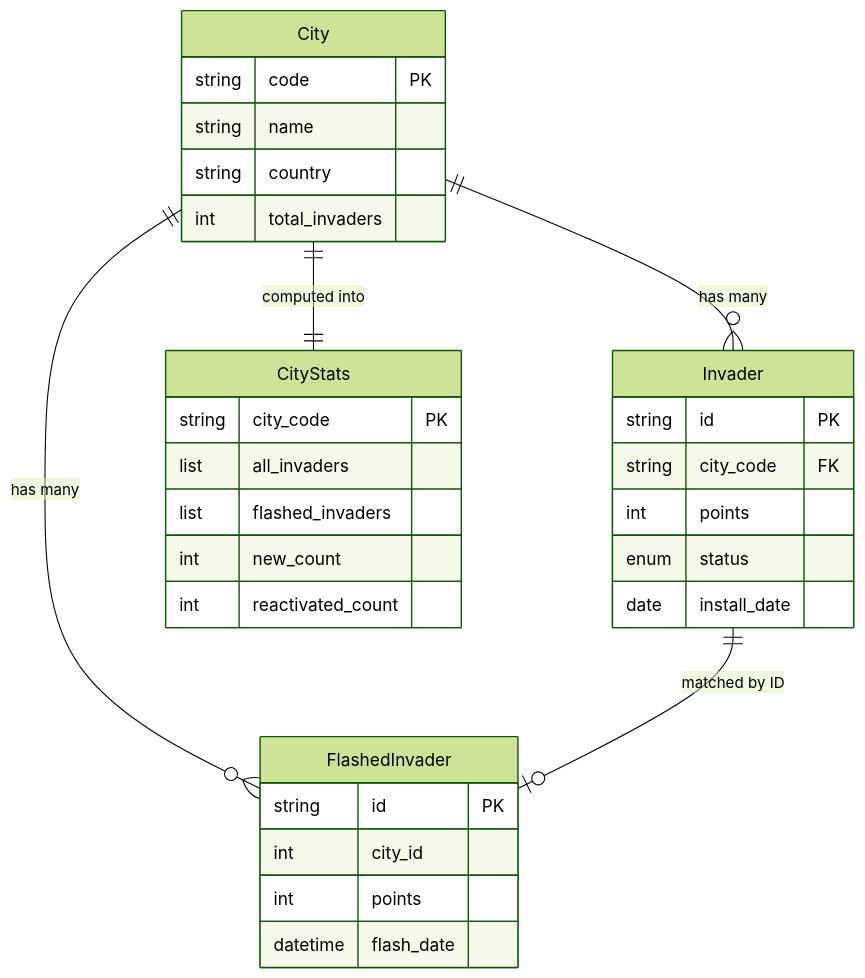
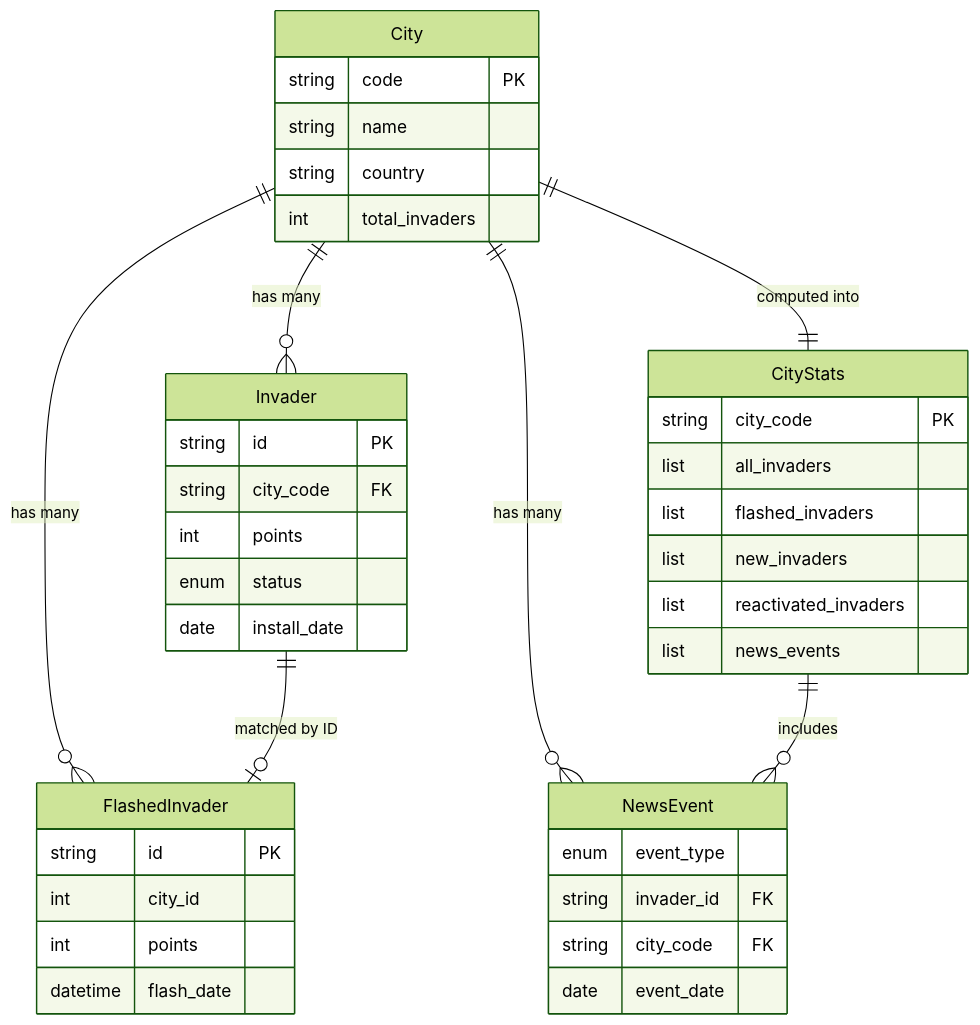
One commit to Trolent/HA-Invader-Tracker changed the second of 6 diagrams in docs/architecture.md. Above: the diagram before and after it, drawn with Mermaid (forest theme). The commit also changed other lines of this file and 26 other files, not shown here.

````diff
--- a/docs/architecture.md
+++ b/docs/architecture.md
@@ -310,37 +348,47 @@
 ```mermaid
 erDiagram
     City ||--o{ Invader : "has many"
     City ||--o{ FlashedInvader : "has many"
     City ||--|| CityStats : "computed into"
+    City ||--o{ NewsEvent : "has many"
     Invader ||--o| FlashedInvader : "matched by ID"
+    CityStats ||--o{ NewsEvent : "includes"
 
     City {
         string code PK
         string name
         string country
         int total_invaders
     }
 
     Invader {
         string id PK
         string city_code FK
         int points
         enum status
         date install_date
     }
 
     FlashedInvader {
         string id PK
         int city_id
         int points
         datetime flash_date
     }
 
+    NewsEvent {
+        enum event_type
+        string invader_id FK
+        string city_code FK
+        date event_date
+    }
+
     CityStats {
         string city_code PK
         list all_invaders
         list flashed_invaders
-        int new_count
-        int reactivated_count
+        list new_invaders
+        list reactivated_invaders
+        list news_events
     }
 ```
````
